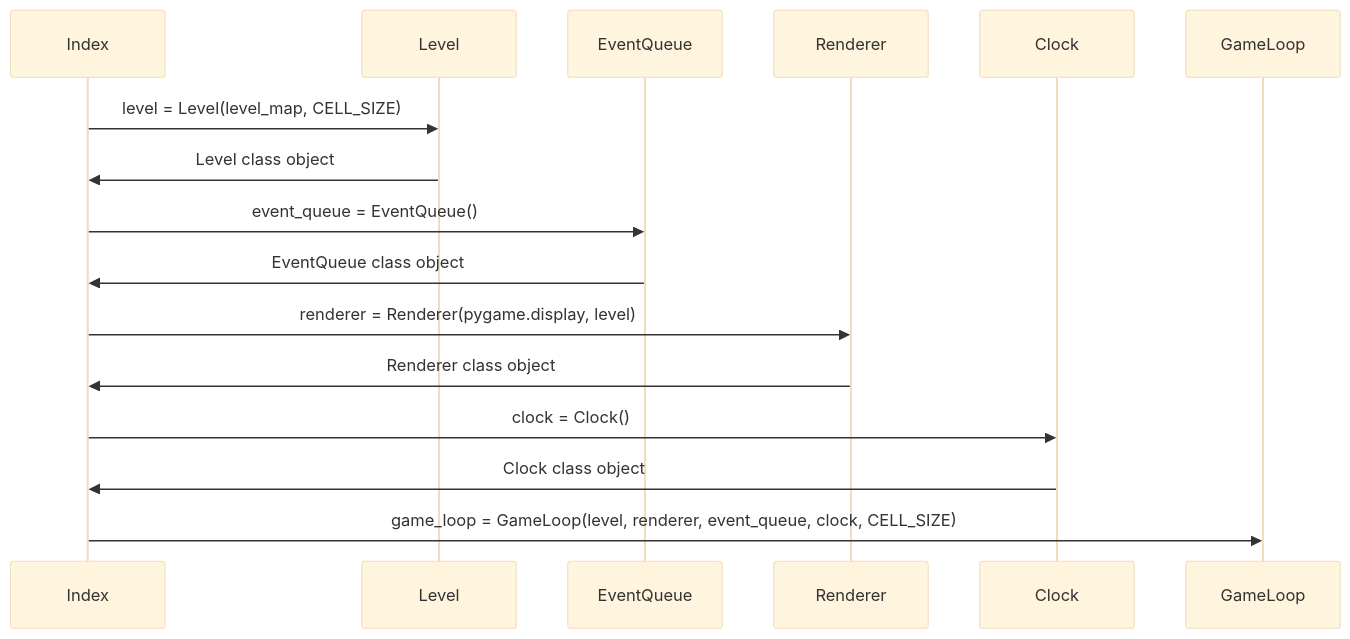
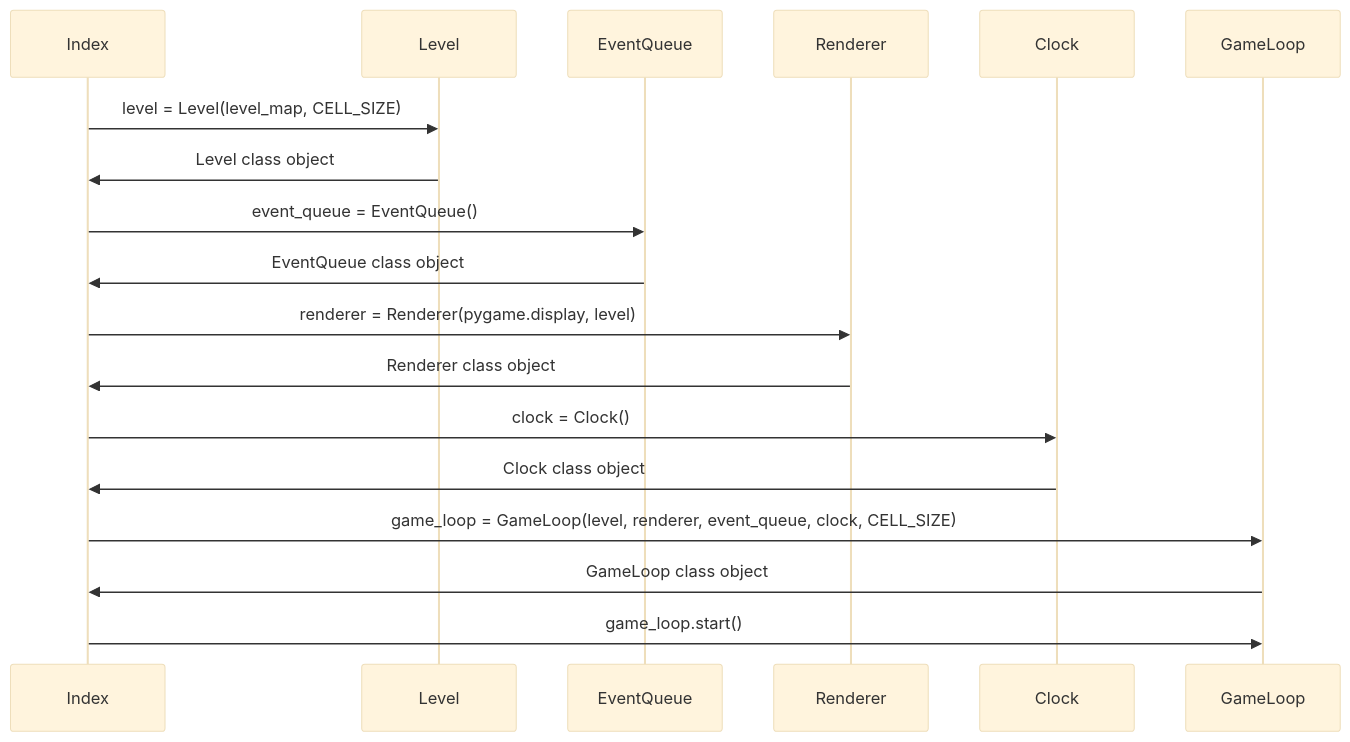
Before and after one commit to VilleJuhan1/ot-harjoitustyo: the third of 3 diagrams in dokumentaatio/arkkitehtuuri.md, drawn with Mermaid (base theme).

Commit message:
some quick additions

````diff
--- a/dokumentaatio/arkkitehtuuri.md
+++ b/dokumentaatio/arkkitehtuuri.md
@@ -68,18 +68,20 @@
 ```mermaid
 sequenceDiagram
     participant Index
     participant Level
     participant EventQueue
     participant Renderer
     participant Clock
     participant GameLoop
     Index->>Level: level = Level(level_map, CELL_SIZE)
     Level->>Index: Level class object
     Index->>EventQueue: event_queue = EventQueue()
     EventQueue->>Index: EventQueue class object
     Index->>Renderer: renderer = Renderer(pygame.display, level)
     Renderer->>Index: Renderer class object
     Index->>Clock: clock = Clock()
     Clock->>Index: Clock class object
     Index->>GameLoop: game_loop = GameLoop(level, renderer, event_queue, clock, CELL_SIZE)
+    GameLoop->>Index: GameLoop class object
+    Index->>GameLoop: game_loop.start()
 ```
````
